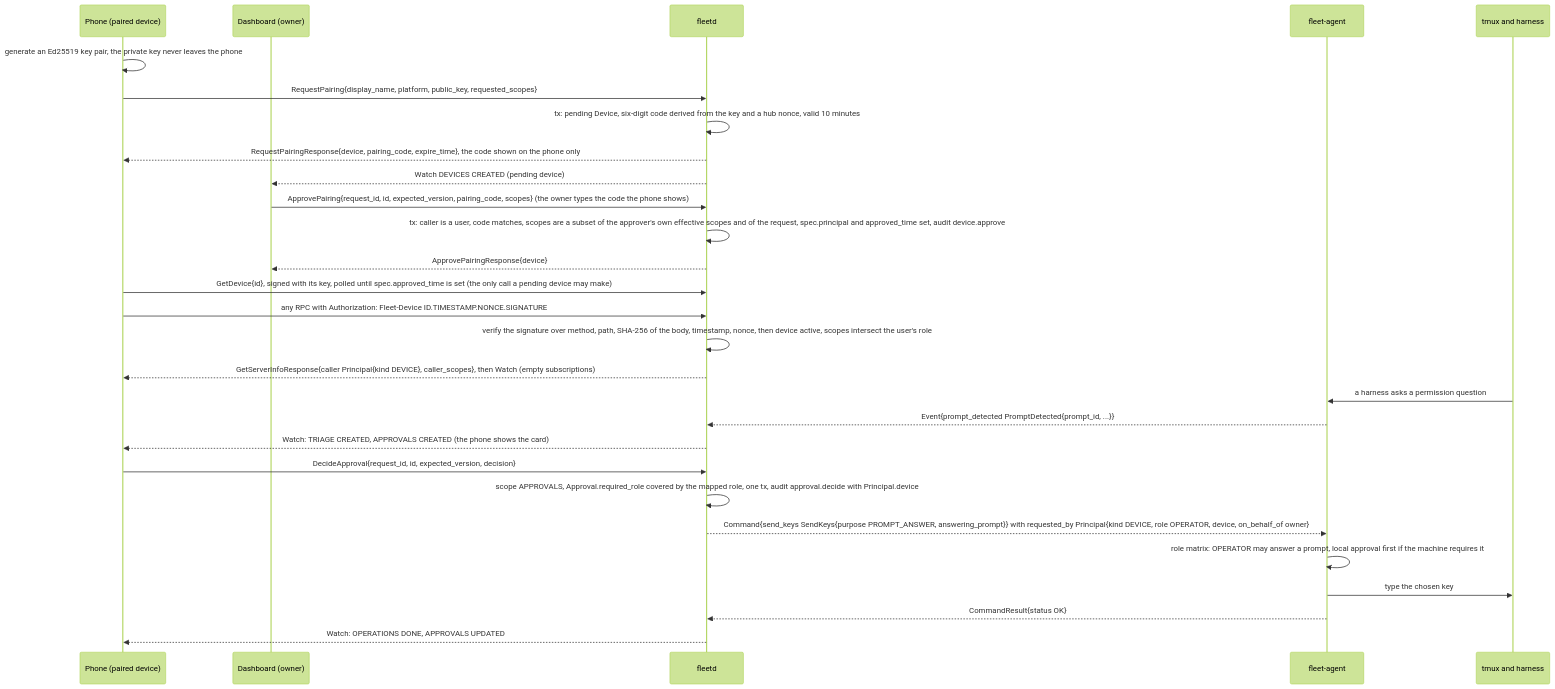
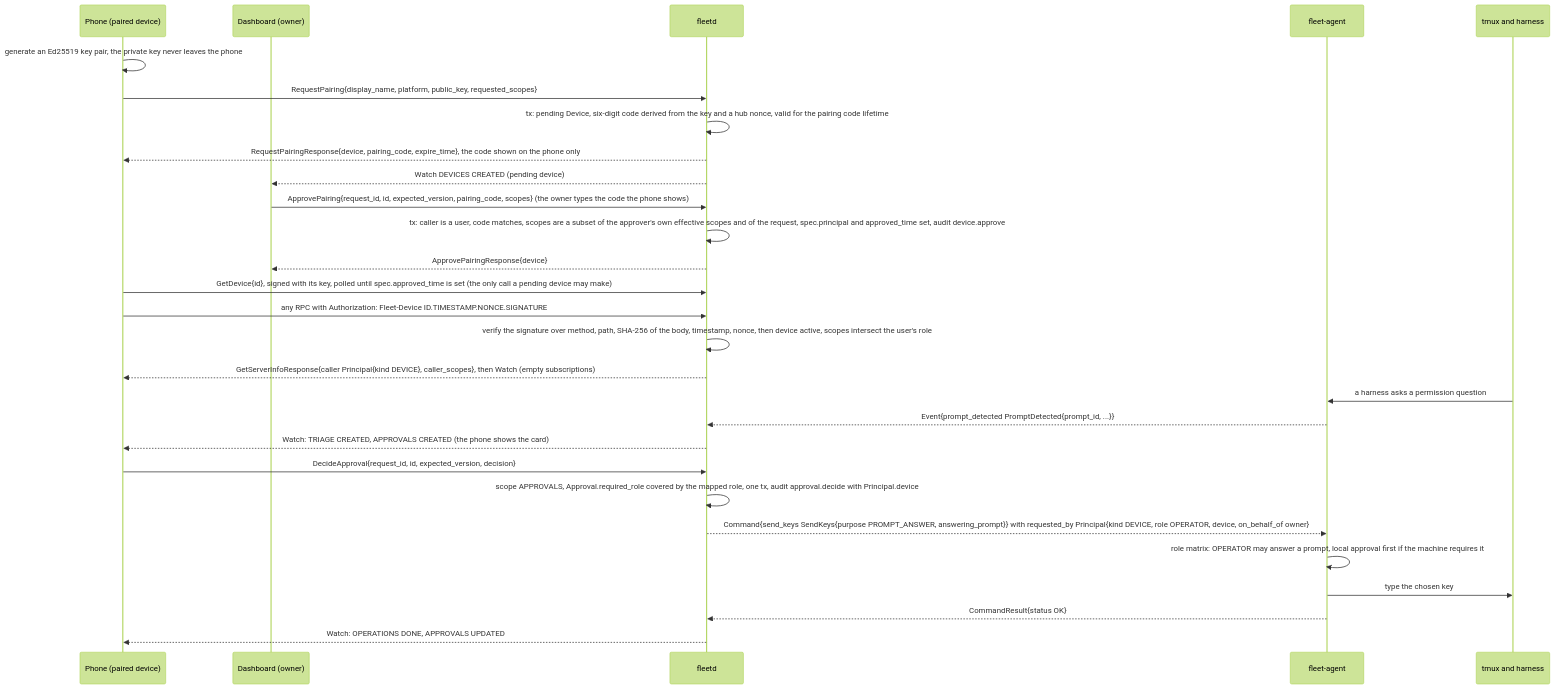
Before and after one commit to linuxdynasty/fleet-board: the diagram in docs/specs/02d-hub-authz.md, drawn with Mermaid (forest theme). The commit also changed other lines of this file and 17 other files, not shown here.

First line of the commit message:
docs(specs): move the five flow diagrams that no spec had, defaults rows for the rest, 01c citations to verified-facts

````diff
--- a/docs/specs/02d-hub-authz.md
+++ b/docs/specs/02d-hub-authz.md
@@ -268,30 +268,30 @@
 ```mermaid
 sequenceDiagram
   participant P as Phone (paired device)
   participant D as Dashboard (owner)
   participant H as fleetd
   participant A as fleet-agent
   participant T as tmux and harness
   P->>P: generate an Ed25519 key pair, the private key never leaves the phone
   P->>H: RequestPairing{display_name, platform, public_key, requested_scopes}
-  H->>H: tx: pending Device, six-digit code derived from the key and a hub nonce, valid 10 minutes
+  H->>H: tx: pending Device, six-digit code derived from the key and a hub nonce, valid for the pairing code lifetime
   H-->>P: RequestPairingResponse{device, pairing_code, expire_time}, the code shown on the phone only
   H-->>D: Watch DEVICES CREATED (pending device)
   D->>H: ApprovePairing{request_id, id, expected_version, pairing_code, scopes} (the owner types the code the phone shows)
   H->>H: tx: caller is a user, code matches, scopes are a subset of the approver's own effective scopes and of the request, spec.principal and approved_time set, audit device.approve
   H-->>D: ApprovePairingResponse{device}
   P->>H: GetDevice{id}, signed with its key, polled until spec.approved_time is set (the only call a pending device may make)
   P->>H: any RPC with Authorization: Fleet-Device ID.TIMESTAMP.NONCE.SIGNATURE
   H->>H: verify the signature over method, path, SHA-256 of the body, timestamp, nonce, then device active, scopes intersect the user's role
   H-->>P: GetServerInfoResponse{caller Principal{kind DEVICE}, caller_scopes}, then Watch (empty subscriptions)
   T->>A: a harness asks a permission question
   A-->>H: Event{prompt_detected PromptDetected{prompt_id, ...}}
   H-->>P: Watch: TRIAGE CREATED, APPROVALS CREATED (the phone shows the card)
   P->>H: DecideApproval{request_id, id, expected_version, decision}
   H->>H: scope APPROVALS, Approval.required_role covered by the mapped role, one tx, audit approval.decide with Principal.device
   H-->>A: Command{send_keys SendKeys{purpose PROMPT_ANSWER, answering_prompt}} with requested_by Principal{kind DEVICE, role OPERATOR, device, on_behalf_of owner}
   A->>A: role matrix: OPERATOR may answer a prompt, local approval first if the machine requires it
   A->>T: type the chosen key
   A-->>H: CommandResult{status OK}
   H-->>P: Watch: OPERATIONS DONE, APPROVALS UPDATED
 ```
````
